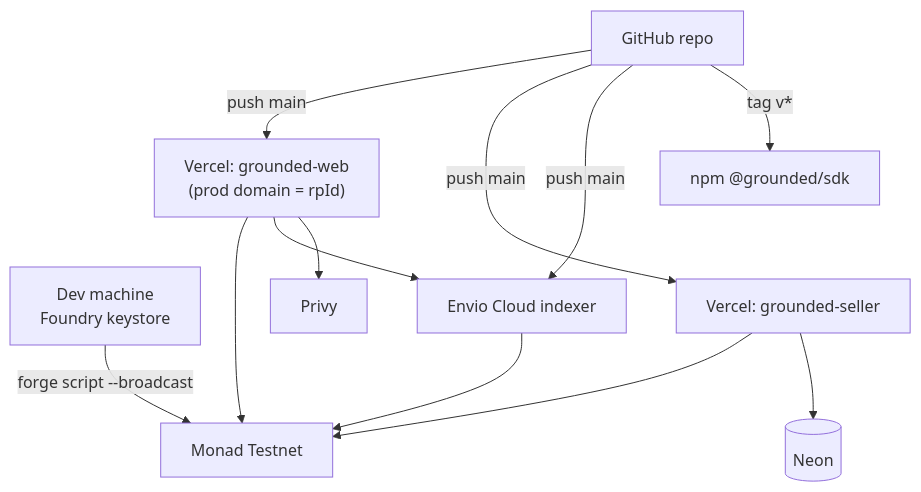
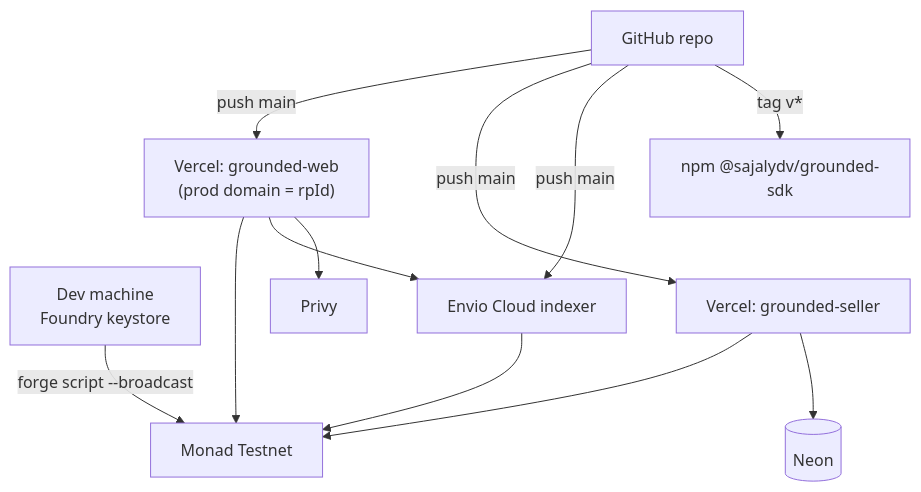
One commit to ydvSajal/MONAD10K changed the diagram in grounded-docs/05-DEPLOYMENT-AND-REQUIREMENTS.md. Above: the diagram before and after it, drawn with Mermaid. The commit also changed other lines of this file and 39 other files, not shown here.

First line of the commit message:
chore: rename published packages to @sajalydv scope, add SDK README + LICENSE

````diff
--- a/grounded-docs/05-DEPLOYMENT-AND-REQUIREMENTS.md
+++ b/grounded-docs/05-DEPLOYMENT-AND-REQUIREMENTS.md
@@ -31,14 +31,14 @@
 ```mermaid
 flowchart TB
   DEV["Dev machine<br/>Foundry keystore"] -->|forge script --broadcast| MON["Monad Testnet"]
   GH["GitHub repo"] -->|push main| VW["Vercel: grounded-web<br/>(prod domain = rpId)"]
   GH -->|push main| VS["Vercel: grounded-seller"]
   GH -->|push main| ENV["Envio Cloud indexer"]
-  GH -->|tag v*| NPM["npm @grounded/sdk"]
+  GH -->|tag v*| NPM["npm @sajalydv/grounded-sdk"]
   VW --> MON
   VW --> ENV
   VW --> PR["Privy"]
   VS --> MON
   VS --> NEON[("Neon")]
   ENV --> MON
 ```
````
